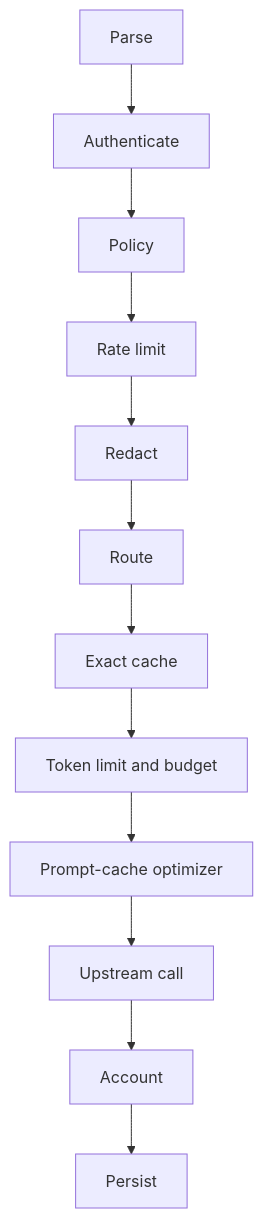
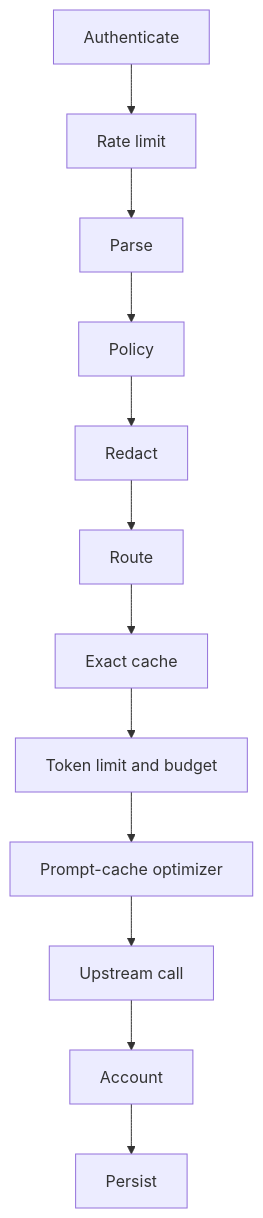
Before and after one commit to 852hamza/chowki: the second of 2 diagrams in docs/concepts/architecture.md, drawn with Mermaid. The commit also changed other lines of this file and 8 other files, not shown here.

````diff
--- a/docs/concepts/architecture.md
+++ b/docs/concepts/architecture.md
@@ -50,6 +47,6 @@
 ```mermaid
 flowchart TD
-  A[Parse] --> B[Authenticate] --> C[Policy] --> D[Rate limit] --> E[Redact]
+  A[Authenticate] --> B[Rate limit] --> C[Parse] --> D[Policy] --> E[Redact]
   E --> F[Route] --> G[Exact cache] --> H[Token limit and budget] --> I[Prompt-cache optimizer]
   I --> J[Upstream call] --> K[Account] --> L[Persist]
 ```
````
